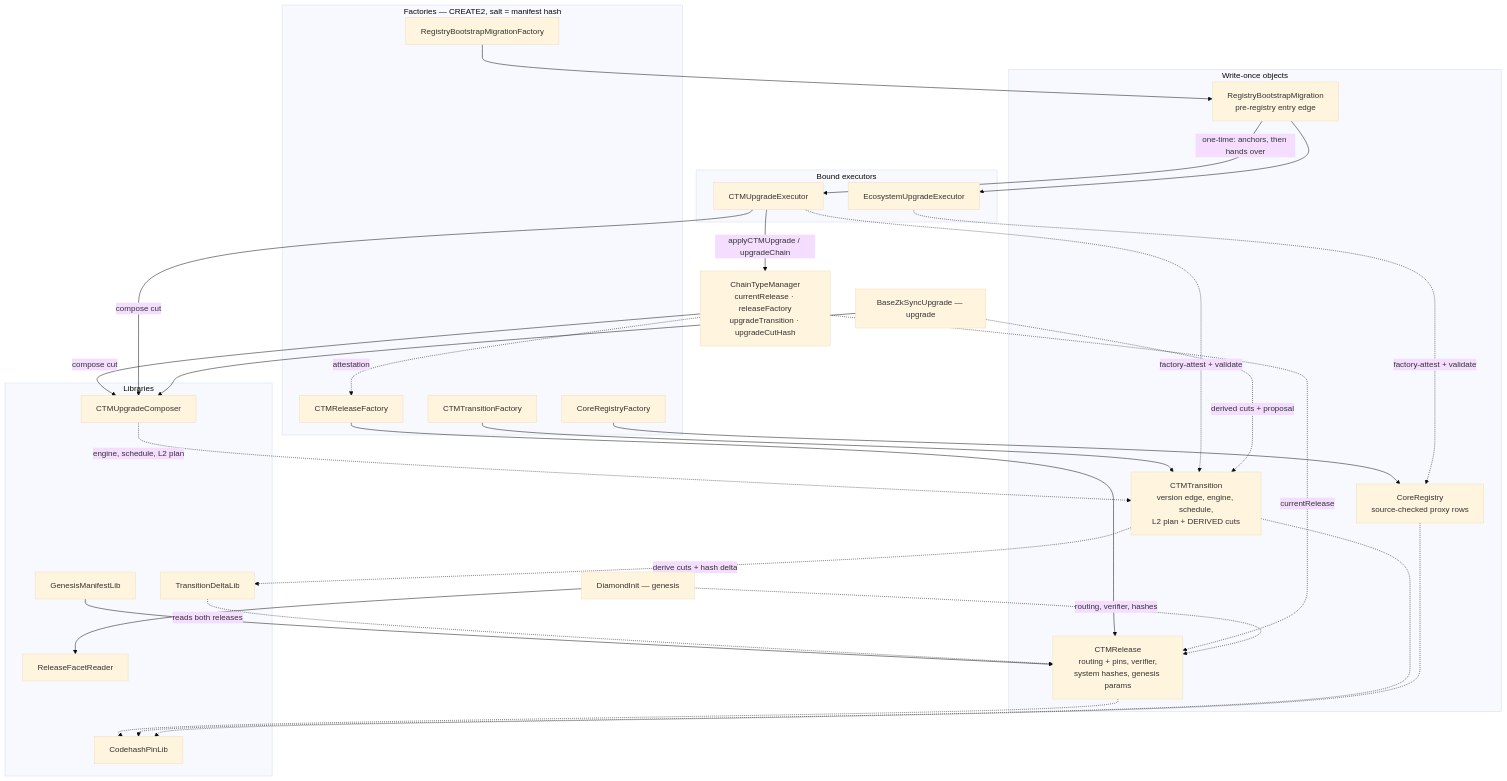
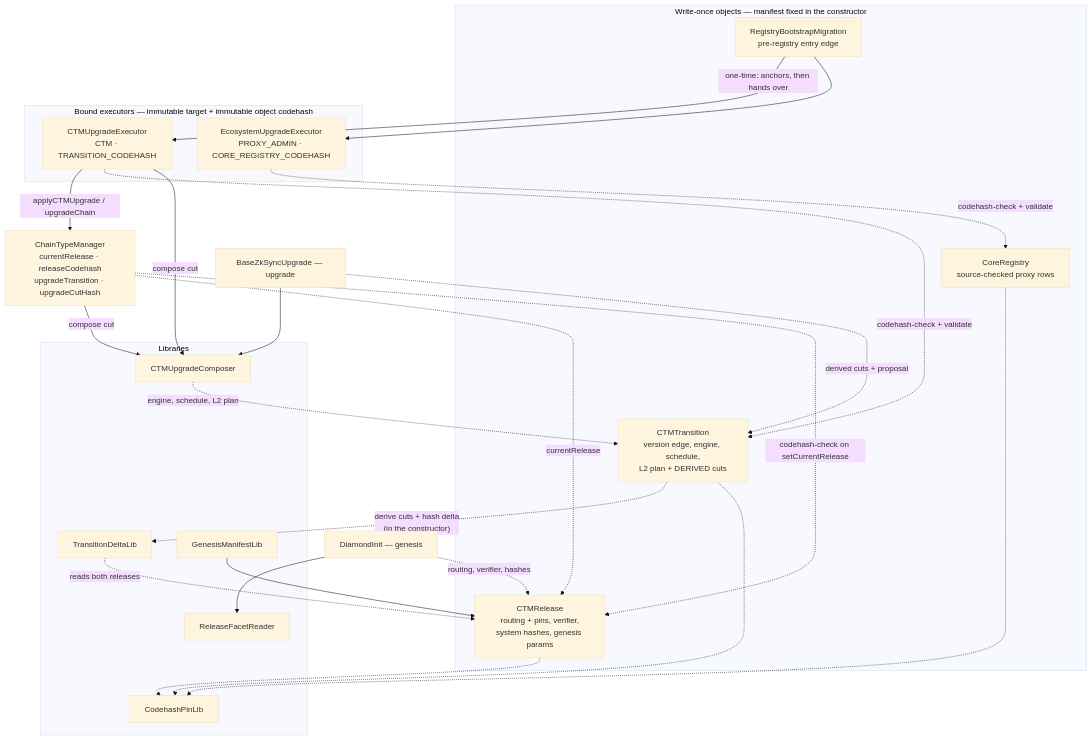
One commit to matter-labs/era-contracts changed the first of 3 diagrams in docs/registry-driven-upgrades.md. Above: the diagram before and after it, drawn with Mermaid (base theme). The commit also changed other lines of this file and 1 other file, not shown here.

First line of the commit message:
docs: contract map and provenance without factories

````diff
--- a/docs/registry-driven-upgrades.md
+++ b/docs/registry-driven-upgrades.md
@@ -53,63 +53,51 @@
 ```mermaid
 flowchart TB
-    subgraph fac["Factories — CREATE2, salt = manifest hash"]
-      RF["CTMReleaseFactory"]
-      TF["CTMTransitionFactory"]
-      CF["CoreRegistryFactory"]
-      BF["RegistryBootstrapMigrationFactory"]
-    end
-
-    subgraph obj["Write-once objects"]
+    subgraph obj["Write-once objects — manifest fixed in the constructor"]
       REL["CTMRelease<br/>routing + pins, verifier,<br/>system hashes, genesis params"]
       TRA["CTMTransition<br/>version edge, engine, schedule,<br/>L2 plan + DERIVED cuts"]
       CR["CoreRegistry<br/>source-checked proxy rows"]
       BOOT["RegistryBootstrapMigration<br/>pre-registry entry edge"]
     end
 
-    subgraph exe["Bound executors"]
-      CE["CTMUpgradeExecutor"]
-      EE["EcosystemUpgradeExecutor"]
+    subgraph exe["Bound executors — immutable target + immutable object codehash"]
+      CE["CTMUpgradeExecutor<br/>CTM · TRANSITION_CODEHASH"]
+      EE["EcosystemUpgradeExecutor<br/>PROXY_ADMIN · CORE_REGISTRY_CODEHASH"]
     end
 
     subgraph lib["Libraries"]
       TDL["TransitionDeltaLib"]
       RFR["ReleaseFacetReader"]
       CUC["CTMUpgradeComposer"]
       GML["GenesisManifestLib"]
       CPL["CodehashPinLib"]
     end
 
-    CTM["ChainTypeManager<br/>currentRelease · releaseFactory<br/>upgradeTransition · upgradeCutHash"]
+    CTM["ChainTypeManager<br/>currentRelease · releaseCodehash<br/>upgradeTransition · upgradeCutHash"]
     DI["DiamondInit — genesis"]
     BZU["BaseZkSyncUpgrade — upgrade"]
 
-    RF --> REL
-    TF --> TRA
-    CF --> CR
-    BF --> BOOT
-
     GML --> REL
-    TRA -. "derive cuts + hash delta" .-> TDL
+    TRA -. "derive cuts + hash delta<br/>(in the constructor)" .-> TDL
     TDL -. "reads both releases" .-> REL
 
     CE -- "applyCTMUpgrade / upgradeChain" --> CTM
-    CE -. "factory-attest + validate" .-> TRA
-    EE -. "factory-attest + validate" .-> CR
+    CE -. "codehash-check + validate" .-> TRA
+    EE -. "codehash-check + validate" .-> CR
     BOOT -- "one-time: anchors, then hands over" --> CE
     BOOT --> EE
 
     CTM -. currentRelease .-> REL
-    CTM -. "attestation" .-> RF
+    CTM -. "codehash-check on setCurrentRelease" .-> REL
     CTM -- "compose cut" --> CUC
     CE -- "compose cut" --> CUC
     CUC -. "engine, schedule, L2 plan" .-> TRA
 
     DI -. "routing, verifier, hashes" .-> REL
     DI --> RFR
     BZU -. "derived cuts + proposal" .-> TRA
     BZU --> CUC
 
     REL -.-> CPL
     TRA -.-> CPL
     CR -.-> CPL
 ```
````
